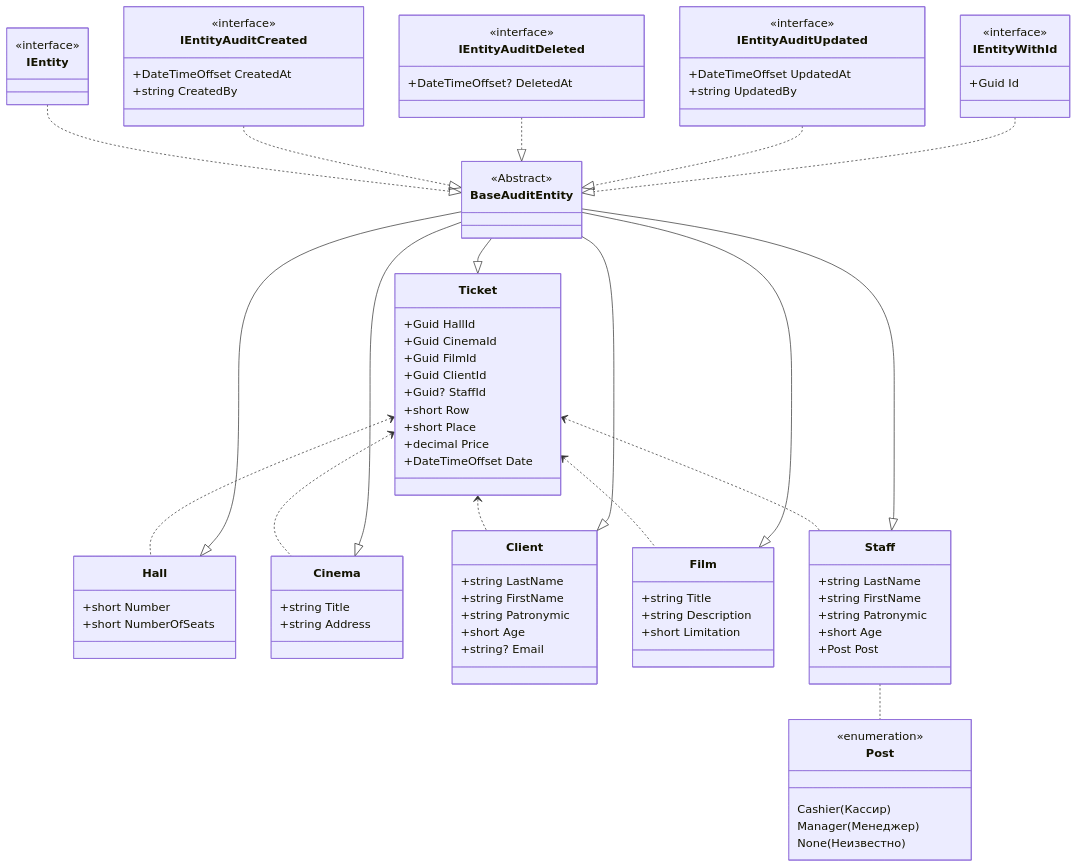
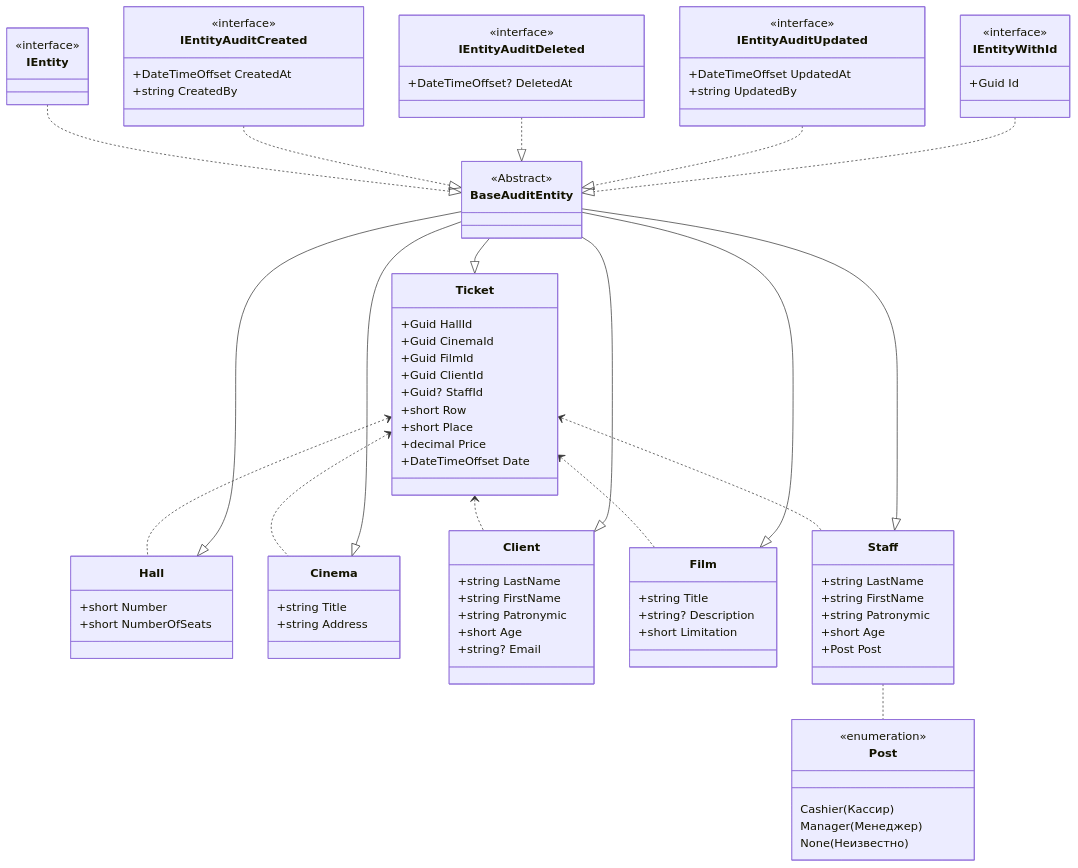
The diagram in README.md (DenchikSlaziet/TicketSelling-API), drawn with Mermaid before and after one commit.

```diff
--- a/README.md
+++ b/README.md
@@ -58,7 +58,7 @@
     }
     class Film {
         +string Title
-        +string Description
+        +string? Description
         +short Limitation
     }
 
```
